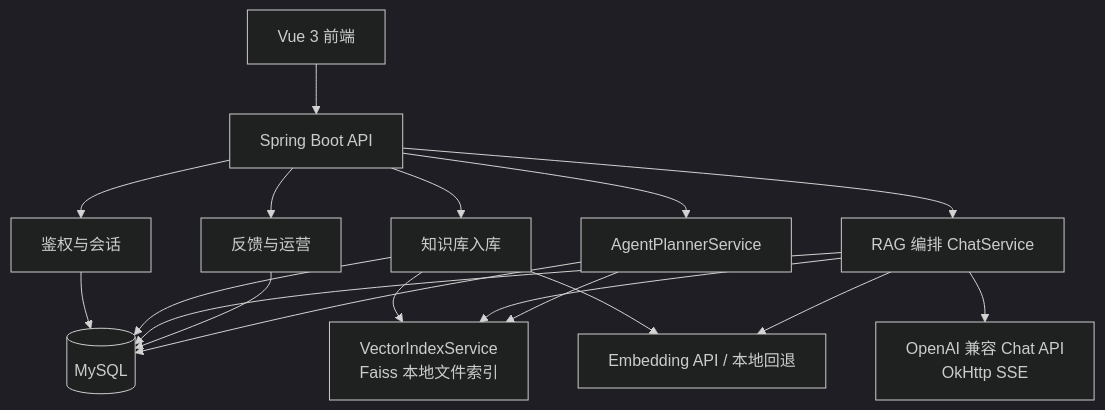
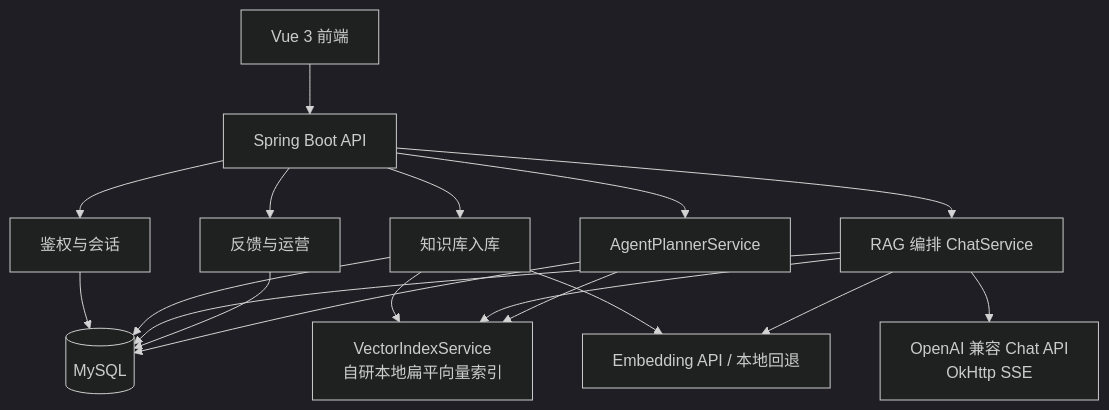
Before and after one commit to farhub-wq/AI-: the first of 4 diagrams in docs/AI架构设计.md, drawn with Mermaid (dark theme). The commit also changed other lines of this file and 28 other files, not shown here.

````diff
--- a/docs/AI架构设计.md
+++ b/docs/AI架构设计.md
@@ -20,23 +20,23 @@
 ```mermaid
 flowchart TD
     FE[Vue 3 前端] --> API[Spring Boot API]
     API --> AUTH[鉴权与会话]
     API --> KB[知识库入库]
     API --> RAG[RAG 编排 ChatService]
     API --> OBS[反馈与运营]
     API --> AGENT[AgentPlannerService]
 
     AUTH --> MYSQL[(MySQL)]
     KB --> MYSQL
     RAG --> MYSQL
     OBS --> MYSQL
     AGENT --> MYSQL
 
-    KB --> VEC[VectorIndexService<br/>Faiss 本地文件索引]
+    KB --> VEC[VectorIndexService<br/>自研本地扁平向量索引]
     RAG --> VEC
     AGENT --> VEC
 
     KB --> EMB[Embedding API / 本地回退]
     RAG --> EMB
     RAG --> LLM[OpenAI 兼容 Chat API<br/>OkHttp SSE]
 ```
````
